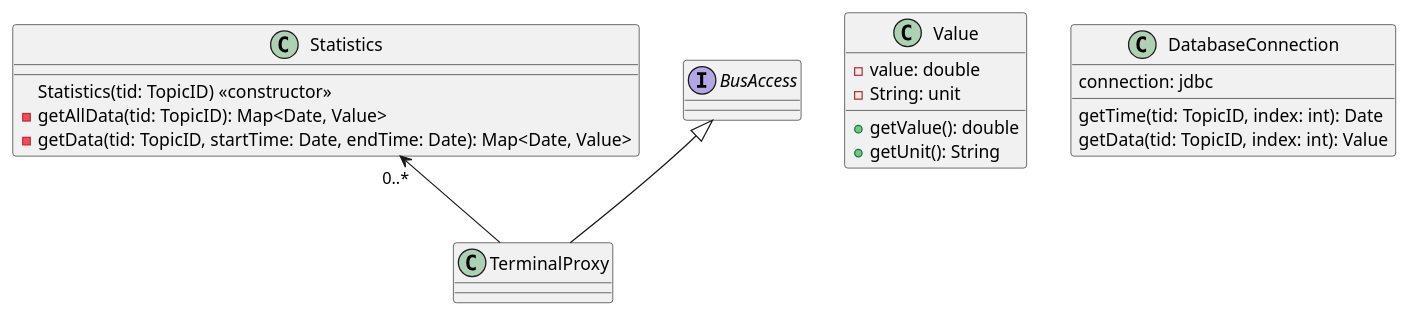
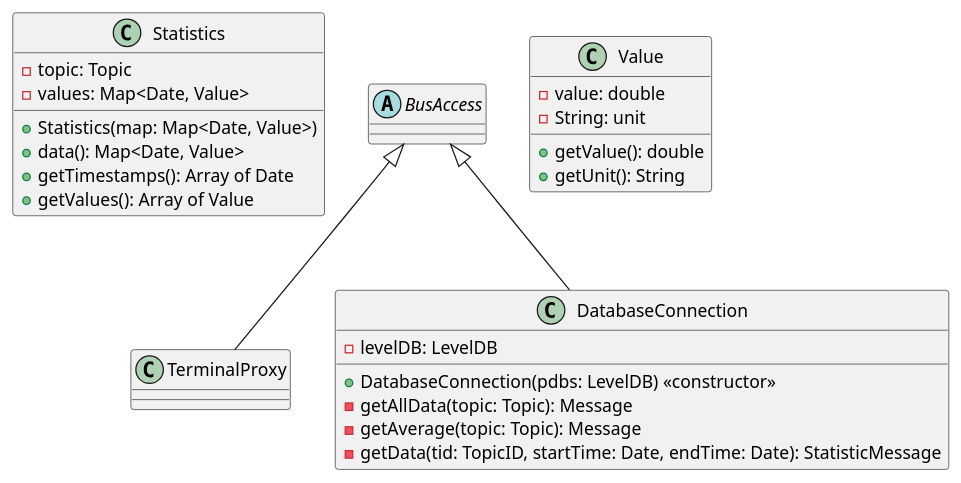
The diagram in Entwurf/diagrams/DBStats.wsd (uzdry/PSE), drawn with PlantUML before and after one commit. The commit also changed 17 other files, not shown here.

Commit message:
Sequence Stats small Bus update

```diff
--- a/Entwurf/diagrams/DBStats.wsd
+++ b/Entwurf/diagrams/DBStats.wsd
@@ -1,35 +1,38 @@
 @startuml
 
 
 class Statistics {
-	Statistics(tid: TopicID) <<constructor>>
-	-getAllData(tid: TopicID): Map<Date, Value>
-	-getData(tid: TopicID, startTime: Date, endTime: Date): Map<Date, Value>
+	-topic: Topic
+	-values: Map<Date, Value>
+	+Statistics(map: Map<Date, Value>)
+	+data(): Map<Date, Value>
+	+getTimestamps(): Array of Date
+	+getValues(): Array of Value
 }
 
-interface BusAccess
+abstract class BusAccess
 
 class TerminalProxy {
 
 }
 
 class Value {
 	-value: double
 	-String: unit
 	+getValue(): double
 	+getUnit(): String
 }
 
 class DatabaseConnection {
-	connection: jdbc
-	getTime(tid: TopicID, index: int): Date
-	getData(tid: TopicID, index: int): Value
+	-levelDB: LevelDB
+	+DatabaseConnection(pdbs: LevelDB) <<constructor>>
+	-getAllData(topic: Topic): Message
+	-getAverage(topic: Topic): Message
+	-getData(tid: TopicID, startTime: Date, endTime: Date): StatisticMessage
+
 }
 
-
-
-Statistics "0..*" <-- TerminalProxy
+BusAccess <|-- DatabaseConnection
 BusAccess <|-- TerminalProxy
 
-
 @enduml
```
